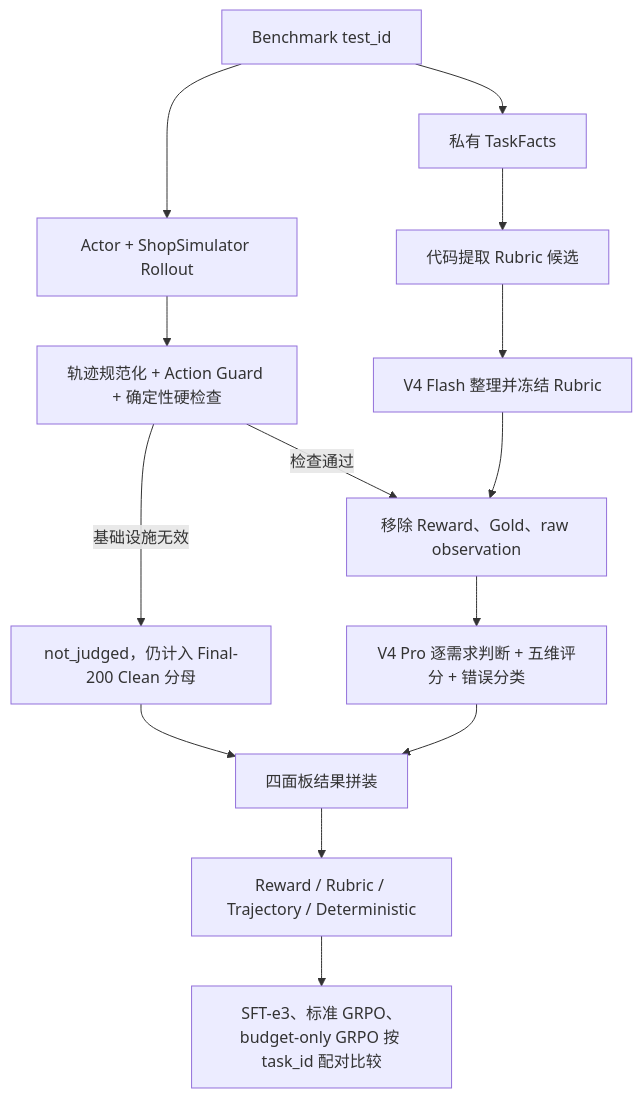
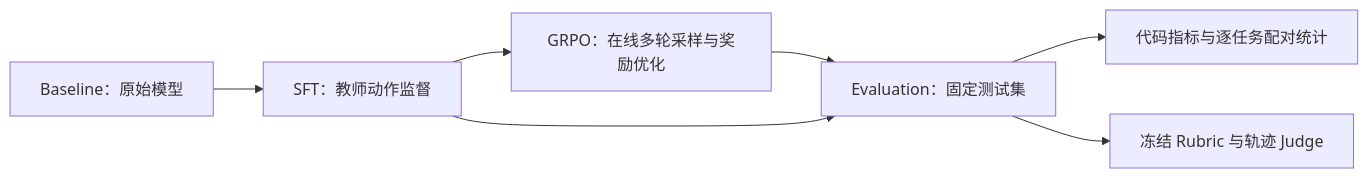
One commit to yghqn/shopping-grpo-longhorizon changed the diagram in README.md. Above: the diagram before and after it, drawn with Mermaid. The commit also changed other lines of this file and 6 other files, not shown here.

````diff
--- a/README.md
+++ b/README.md
@@ -130,16 +69,9 @@
 ```mermaid
-flowchart TD
-    A["Benchmark test_id"] --> B["私有 TaskFacts"]
-    B --> C["代码提取 Rubric 候选"]
-    C --> D["V4 Flash 整理并冻结 Rubric"]
-    A --> E["Actor + ShopSimulator Rollout"]
-    E --> F["轨迹规范化 + Action Guard + 确定性硬检查"]
-    F -->|基础设施无效| G["not_judged，仍计入 Final-200 Clean 分母"]
-    F -->|检查通过| H["移除 Reward、Gold、raw observation"]
-    D --> H
-    H --> I["V4 Pro 逐需求判断 + 五维评分 + 错误分类"]
-    G --> J["四面板结果拼装"]
-    I --> J
-    J --> K["Reward / Rubric / Trajectory / Deterministic"]
-    K --> L["SFT-e3、标准 GRPO、budget-only GRPO 按 task_id 配对比较"]
+flowchart LR
+    B["Baseline：原始模型"] --> S["SFT：教师动作监督"]
+    S --> G["GRPO：在线多轮采样与奖励优化"]
+    G --> E["Evaluation：固定测试集"]
+    S --> E
+    E --> C["代码指标与逐任务配对统计"]
+    E --> J["冻结 Rubric 与轨迹 Judge"]
 ```
````
